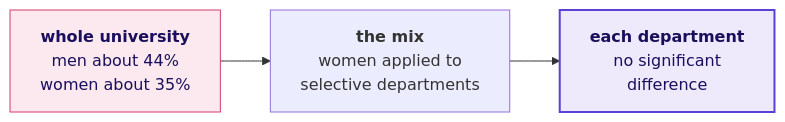
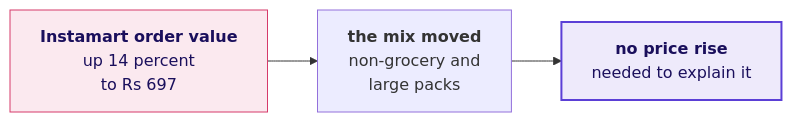
Diagram 19 of 26 in content/W01/D2/slides/C2_W01_D02_half1_STUDENT.md (fde-academy-lab/c2-content-factory), drawn with Mermaid before and after one commit. The commit also changed other lines of this file and 13 other files, not shown here.

````diff
--- a/content/W01/D2/slides/C2_W01_D02_half1_STUDENT.md
+++ b/content/W01/D2/slides/C2_W01_D02_half1_STUDENT.md
@@ -907,9 +911,9 @@
 ```mermaid
 flowchart LR
-    U["<b>whole university</b><br/>men about 44%<br/>women about 35%"] --> M["<b>the mix</b><br/>women applied to<br/>selective departments"]
-    M --> D["<b>each department</b><br/>no significant<br/>difference"]
+    U["<b>Instamart order value</b><br/>up 14 percent<br/>to Rs 697"] --> M["<b>the mix moved</b><br/>non-grocery and<br/>large packs"]
+    M --> D["<b>no price rise</b><br/>needed to explain it"]
     classDef bad fill:#FBE9EF,stroke:#D63A6A,color:#1A0F5C
     classDef known fill:#EEEAFB,stroke:#5B3FD6,color:#1A0F5C,stroke-width:2px
     class U bad
     class D known
 ```
````
